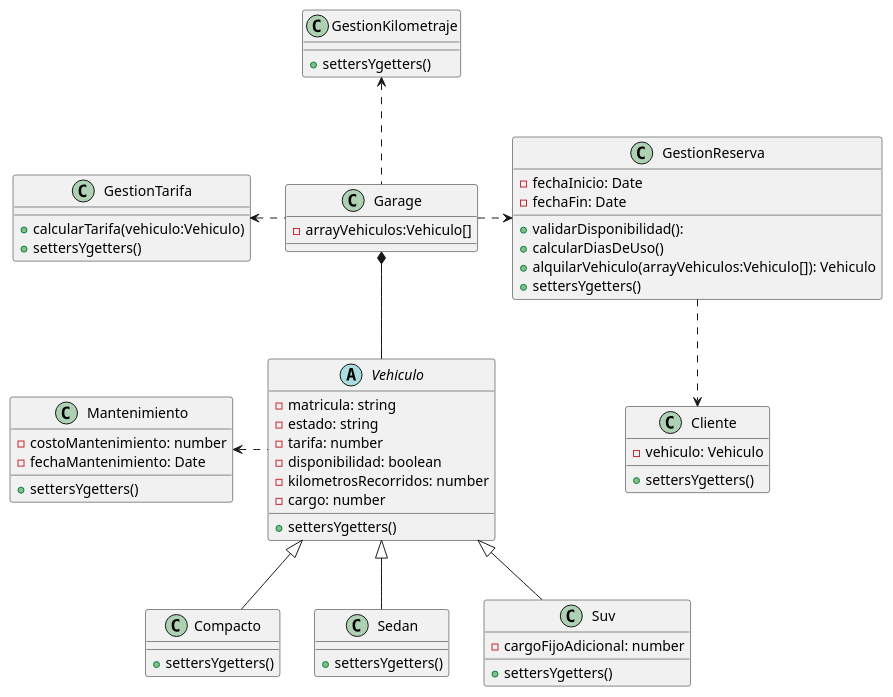
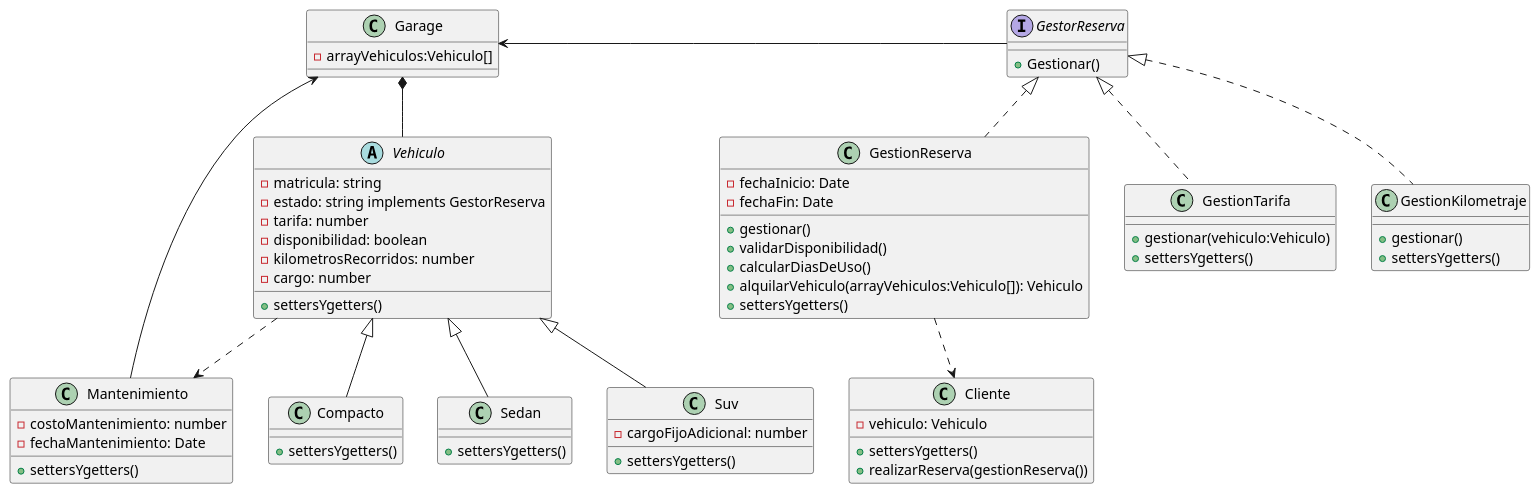
One commit to antonellaBelenVidela/Programacion2Grupo7 changed the diagram in diagrama-proyect.puml. Above: the diagram before and after it, drawn with PlantUML.

```diff
--- a/diagrama-proyect.puml
+++ b/diagrama-proyect.puml
@@ -1,92 +1,94 @@
 @startuml DriveHub
  
 'Preguntas:
 'Garage Entidad encargada de todo? 
 'Podemos hacer una interfaz para las Gestiones?'
 
 'Garage Pulpo derivador de Tareas'
 'Interfaz Gestor de tarifas'
+'Biblioteca Moment JS para calculos de fecha'
+
+
+
+
+'Relaciones'
+Garage *-d- Vehiculo
+GestionReserva ..> Cliente
+Vehiculo .d.> Mantenimiento
+
+Garage <-r- GestorReserva
+Garage <- Mantenimiento
 
 class Garage{
     - arrayVehiculos:Vehiculo[]
 }
 
-'Relaciones'
-Garage *-d- Vehiculo
-GestionReserva ..> Cliente
-Vehiculo .l.> Mantenimiento
-
-' Voltear '
-GestionTarifa <.r. Garage
-GestionKilometraje <.d. Garage
-GestionReserva <.l. Garage
-
 abstract class Vehiculo{
     - matricula: string
-    - estado: string
+    - estado: string implements GestorReserva
     - tarifa: number
     - disponibilidad: boolean
     - kilometrosRecorridos: number
     - cargo: number
  
     + settersYgetters()
 }
 
-'kmIniciales y kmFinales para calcular km para tarifa
-'super() para extender'
-'cargo lo heredan los 3'
+interface GestorReserva{
+    + Gestionar()
+}
+
 class Compacto extends Vehiculo{
     + settersYgetters()
 }
 
 class Sedan extends Vehiculo{
 
     + settersYgetters()
 }
 
 class Suv extends Vehiculo{
 
     - cargoFijoAdicional: number
     + settersYgetters()
 }
 
 class Cliente {
     - vehiculo: Vehiculo
 
     + settersYgetters()
+    + realizarReserva(gestionReserva())
 }
 
-class GestionReserva{
+class GestionReserva implements GestorReserva{
 
     - fechaInicio: Date
     - fechaFin: Date
 
-    + validarDisponibilidad():
+    + gestionar()    
+    + validarDisponibilidad()
     + calcularDiasDeUso()
     + alquilarVehiculo(arrayVehiculos:Vehiculo[]): Vehiculo
     + settersYgetters()
 }
 
-'+ calcularDiasDeUso() --> FECHA FIN - FECHA INICIO = CANT DE DIAS DE USO'
-'Biblioteca Moment'
-'pedirle al usuario cant de dias de uso y hacer el calculo con ese ingreso
+class GestionTarifa implements GestorReserva{
 
-class GestionTarifa{
-
-    + calcularTarifa(vehiculo:Vehiculo)
+    + gestionar(vehiculo:Vehiculo)
     + settersYgetters()
 }
 
-class GestionKilometraje{
+class GestionKilometraje implements GestorReserva{
 
+    + gestionar()
     + settersYgetters()
 }
 
 class Mantenimiento{
     - costoMantenimiento: number
     - fechaMantenimiento: Date
 
     + settersYgetters()
 }
 
 @enduml
```
